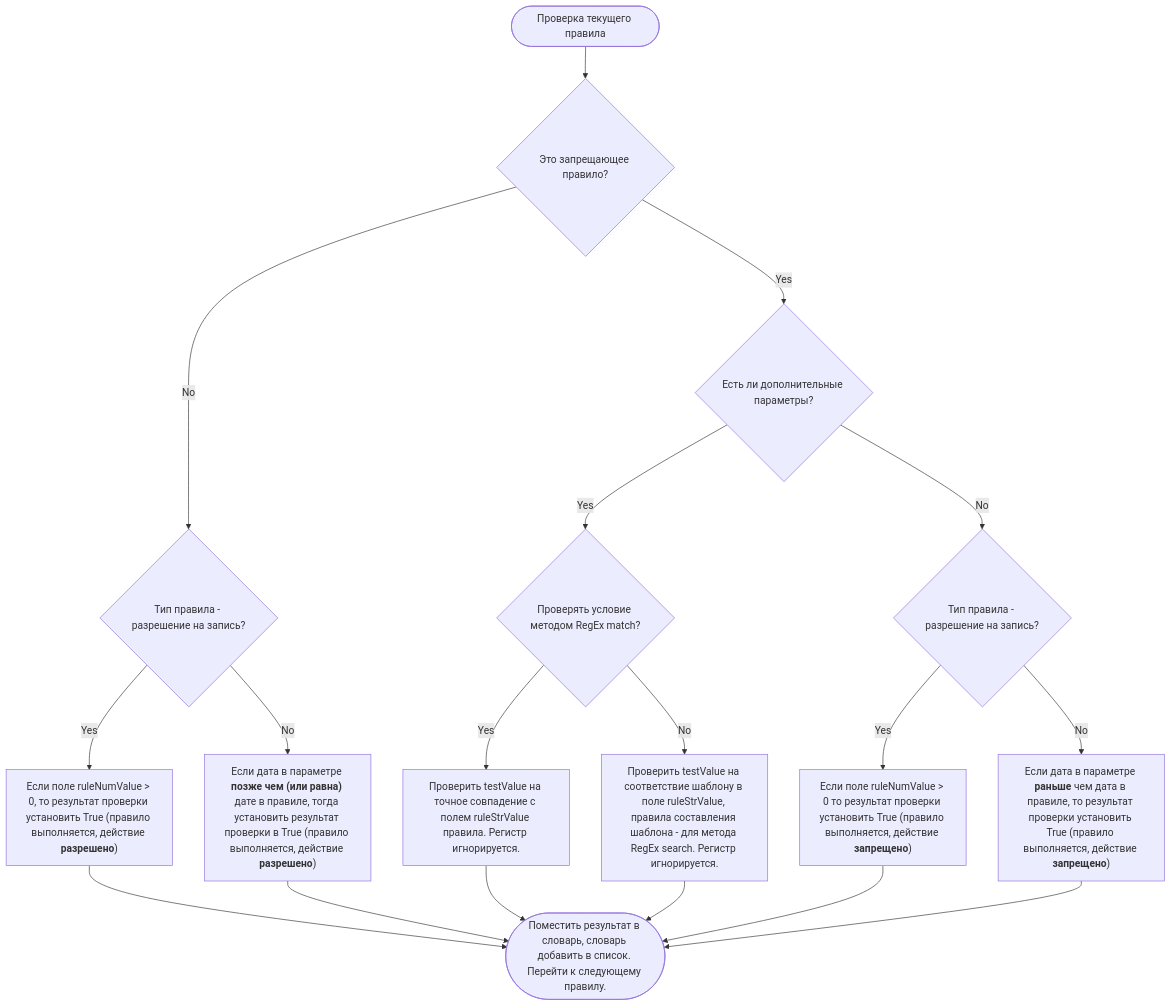
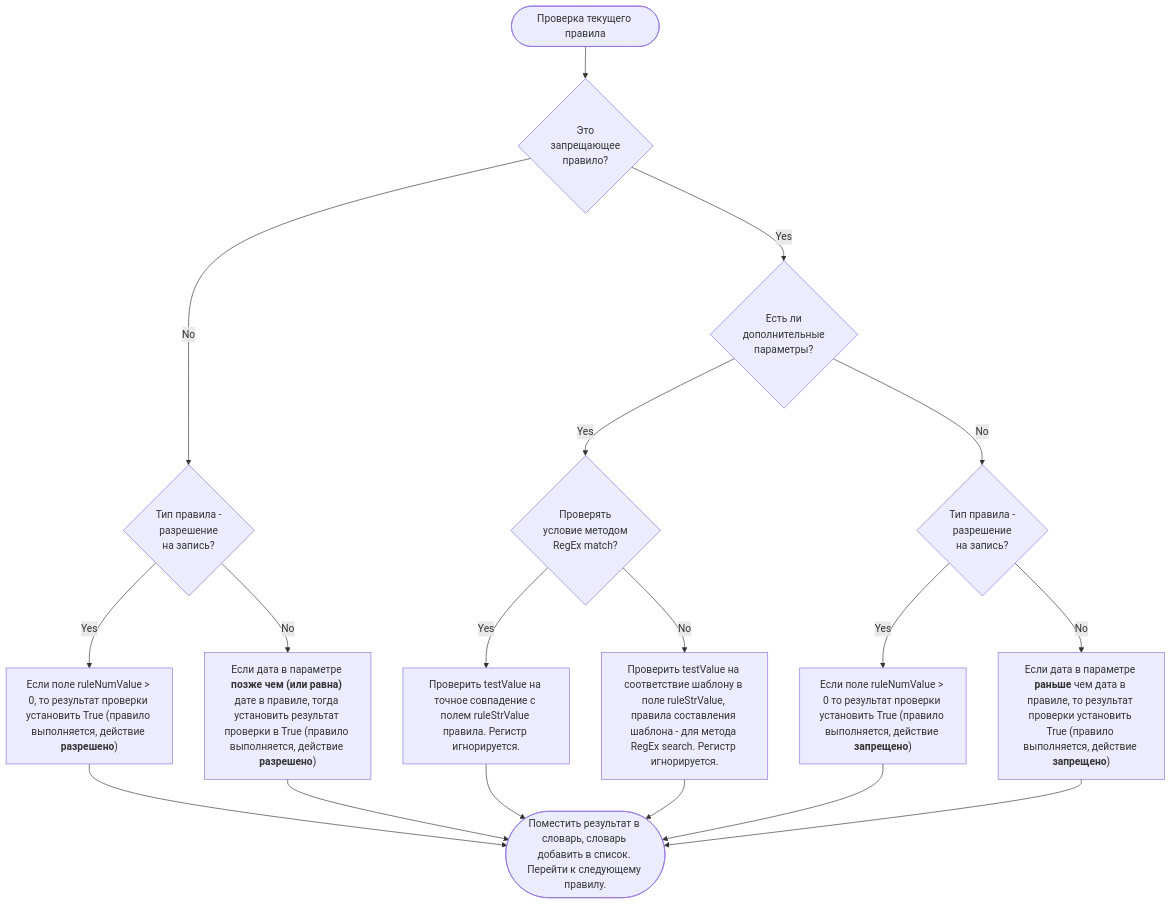
Before and after one commit to SergeMiletos/permissions1CExtRules: the first of 2 diagrams in README.ru.md, drawn with Mermaid. The commit also changed other lines of this file and 2 other files, not shown here.

````diff
--- a/README.ru.md
+++ b/README.ru.md
@@ -24,21 +56,21 @@
 ```mermaid
 flowchart TD
-    A([Проверка текущего правила]) --> B{Это запрещающее правило?}
-    B -->|No| AllowRuleCheck{Тип правила - разрешение на запись?}
+    A([Проверка текущего правила]) --> B{Это</br>запрещающее</br>правило?}
+    B -->|No| AllowRuleCheck{Тип правила -</br>разрешение</br>на запись?}
     AllowRuleCheck --> |Yes|WriteEnabledCheckAllowRule["`Если поле ruleNumValue > 0, то результат проверки установить True (правило выполняется, действие **разрешено**)`"]
     AllowRuleCheck --> |No|CheckObjectDateAllowRule["`Если дата в параметре **позже чем (или равна)** дате в правиле, тогда установить результат проверки в True (правило выполняется, действие **разрешено**)`"]
     WriteEnabledCheckAllowRule --> MainCheckFinished
     CheckObjectDateAllowRule --> MainCheckFinished
     %% Для правил с типом "Разрешение" результат проверки True означает разрешение операции, для правил с типом "Запрет" - запрет операции соответственно
-    B -->|Yes| C{Есть ли дополнительные параметры?}
-    C -->|No| SimpleChecks{Тип правила - разрешение на запись?}
+    B -->|Yes| C{Есть ли</br>дополнительные</br>параметры?}
+    C -->|No| SimpleChecks{Тип правила -</br>разрешение</br>на запись?}
     SimpleChecks -->|Yes|WriteEnabledCheckDenyRule["`Если поле ruleNumValue > 0 то результат проверки установить True (правило выполняется, действие **запрещено**)`"]
     SimpleChecks -->|No|CheckObjectDateDenyRule["`Если дата в параметре **раньше** чем дата в правиле, то результат проверки установить True (правило выполняется, действие **запрещено**)`"]
-    C -->|Yes| D{Проверять условие методом RegEx match?}
+    C -->|Yes| D{Проверять</br>условие методом</br>RegEx match?}
     D -->|Yes| G["`Проверить testValue на точное совпадение с полем ruleStrValue правила. Регистр игнорируется.`"]
     D -->|No| E["`Проверить testValue на соответствие шаблону в поле ruleStrValue, правила составления шаблона - для метода RegEx search. Регистр игнорируется.`"]
     G --> MainCheckFinished
     E --> MainCheckFinished(["`Поместить результат в словарь, словарь добавить в список. Перейти к следующему правилу.`"])
     WriteEnabledCheckDenyRule --> MainCheckFinished
     CheckObjectDateDenyRule --> MainCheckFinished
 ```
````
